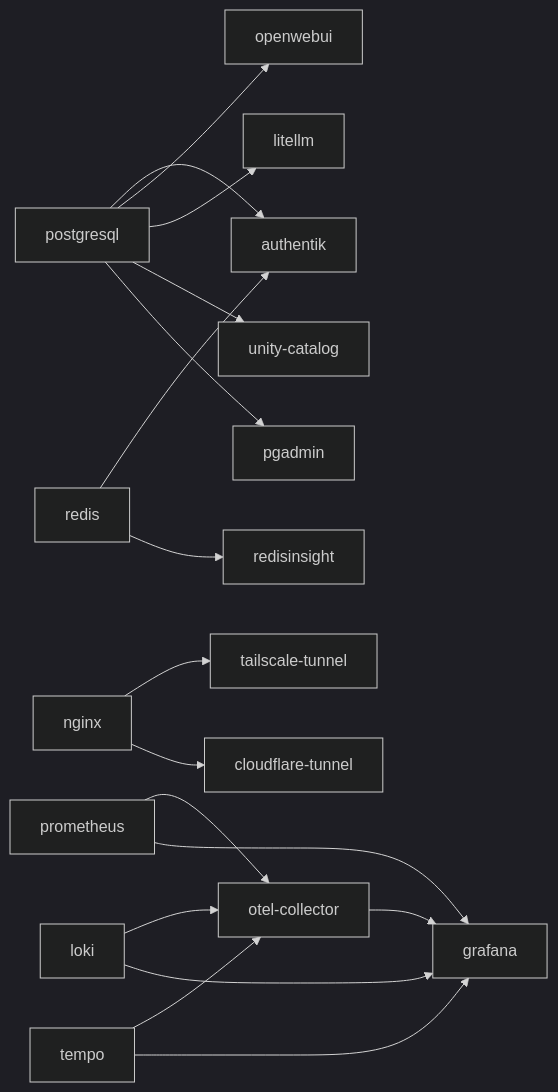
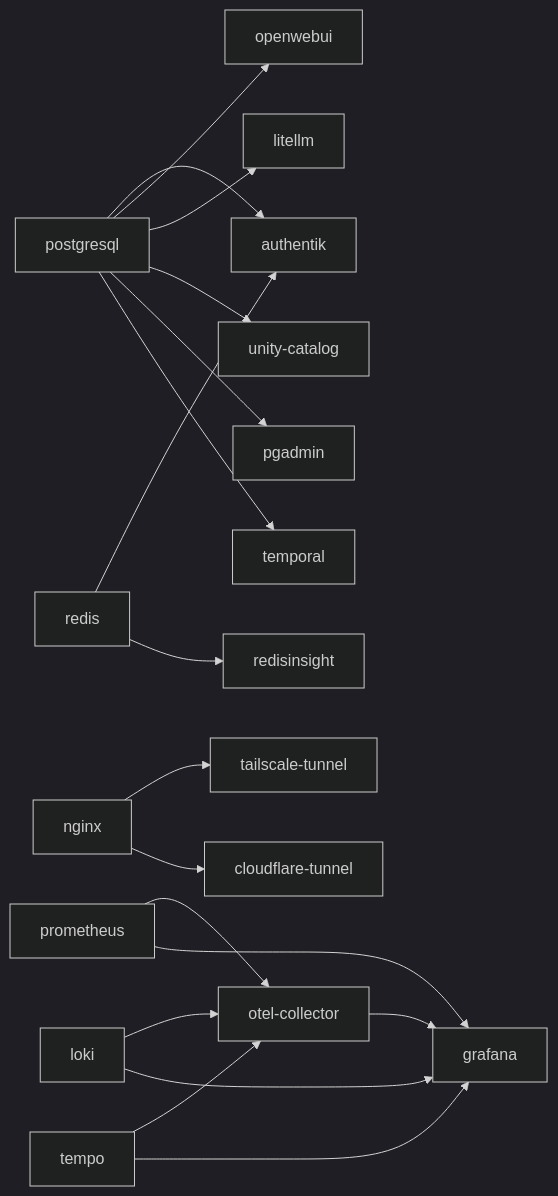
One commit to helpers-no/urbalurba-infrastructure changed the diagram in website/docs/reference/service-dependencies.md. Above: the diagram before and after it, drawn with Mermaid (dark theme). The commit also changed other lines of this file and 24 other files, not shown here.

````diff
--- a/website/docs/reference/service-dependencies.md
+++ b/website/docs/reference/service-dependencies.md
@@ -12,22 +12,23 @@
 ```mermaid
 graph LR
     postgresql --> authentik
     postgresql --> openwebui
     postgresql --> litellm
     postgresql --> unity-catalog
     postgresql --> pgadmin
+    postgresql --> temporal
 
     redis --> authentik
     redis --> redisinsight
 
     nginx --> tailscale-tunnel
     nginx --> cloudflare-tunnel
 
     prometheus --> otel-collector
     loki --> otel-collector
     tempo --> otel-collector
     prometheus --> grafana
     loki --> grafana
     tempo --> grafana
     otel-collector --> grafana
 ```
````
